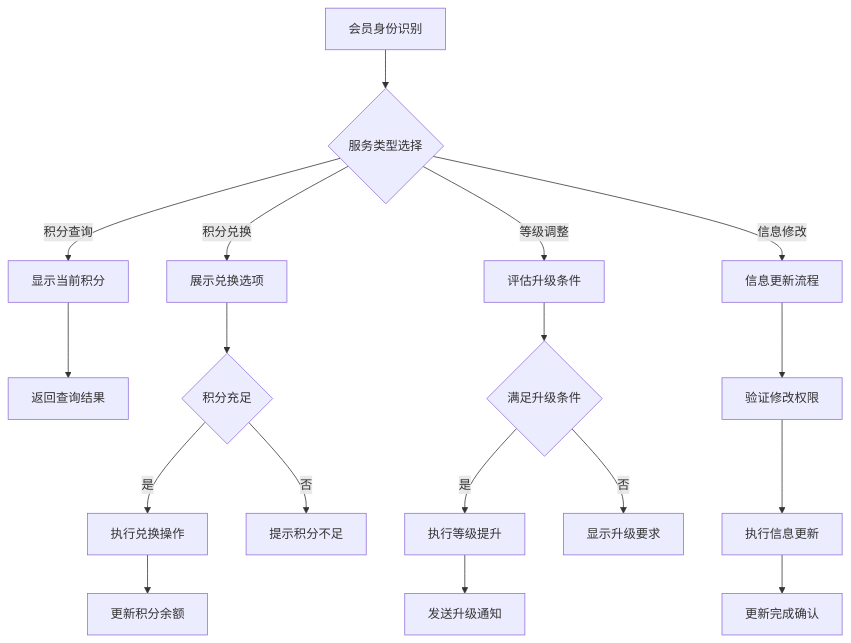
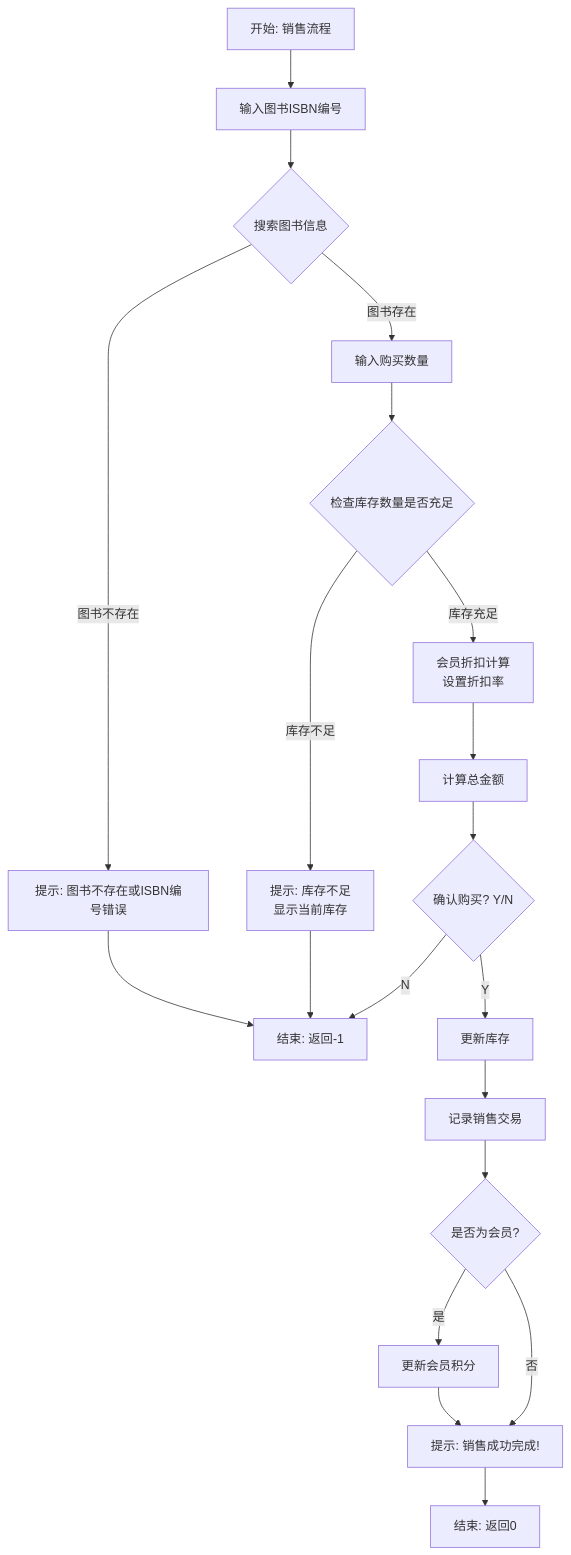
The diagram in all/未命名-4.md (HelloMe66/iodraw-files), drawn with Mermaid before and after one commit.

Commit message:
2025-12-05 14:28:06 update

````diff
--- a/all/未命名-4.md
+++ b/all/未命名-4.md
@@ -1,23 +1,31 @@
 ```mermaid
 flowchart TD
-    A[会员身份识别] --> B{服务类型选择}
-    B -->|积分查询| C[显示当前积分]
-    B -->|积分兑换| D[展示兑换选项]
-    B -->|等级调整| E[评估升级条件]
-    B -->|信息修改| F[信息更新流程]
+    A[开始: 销售流程] --> B[输入图书ISBN编号]
+    B --> C{搜索图书信息}
     
-    C --> G[返回查询结果]
-    D --> H{积分充足}
-    H -->|是| I[执行兑换操作]
-    H -->|否| J[提示积分不足]
-    I --> K[更新积分余额]
+    C -- 图书不存在 --> D[提示: 图书不存在或ISBN编号错误]
+    D --> E[结束: 返回-1]
     
-    E --> L{满足升级条件}
-    L -->|是| M[执行等级提升]
-    L -->|否| N[显示升级要求]
-    M --> O[发送升级通知]
+    C -- 图书存在 --> F[输入购买数量]
+    F --> G{检查库存数量是否充足}
     
-    F --> P[验证修改权限]
-    P --> Q[执行信息更新]
-    Q --> R[更新完成确认]
+    G -- 库存不足 --> H[提示: 库存不足<br>显示当前库存]
+    H --> E
+    
+    G -- 库存充足 --> I[会员折扣计算<br>设置折扣率]
+    I --> J[计算总金额]
+    J --> K{确认购买? Y/N}
+    
+    K -- N --> E
+    
+    K -- Y --> L[更新库存]
+    L --> M[记录销售交易]
+    M --> N{是否为会员?}
+    
+    N -- 是 --> O[更新会员积分]
+    O --> P[提示: 销售成功完成!]
+    
+    N -- 否 --> P
+    
+    P --> Q[结束: 返回0]
 ```
````
